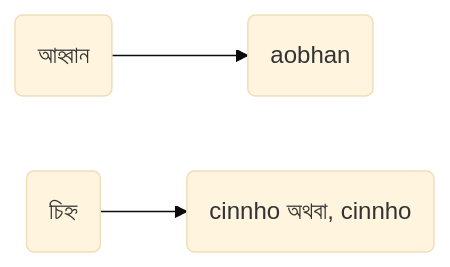
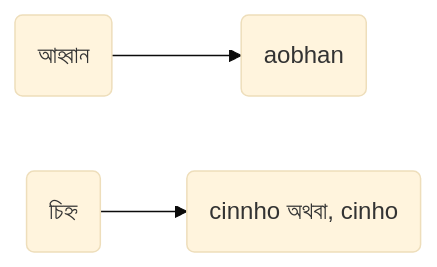
One commit to rajin00011-cmd/shorolipi-forked changed diagram 15 of 15 in README.md. Above: the diagram before and after it, drawn with Mermaid (base theme).

Commit message:
fix: correct spelling of "cinho" in examples

````diff
--- a/README.md
+++ b/README.md
@@ -225,7 +225,7 @@
 ```mermaid
 
 flowchart LR
 a("আহ্বান") --> b("aobhan")
-c("চিহ্ন") --> d("cinnho অথবা, cinnho")
+c("চিহ্ন") --> d("cinnho অথবা, cinho")
 
 ```
````
